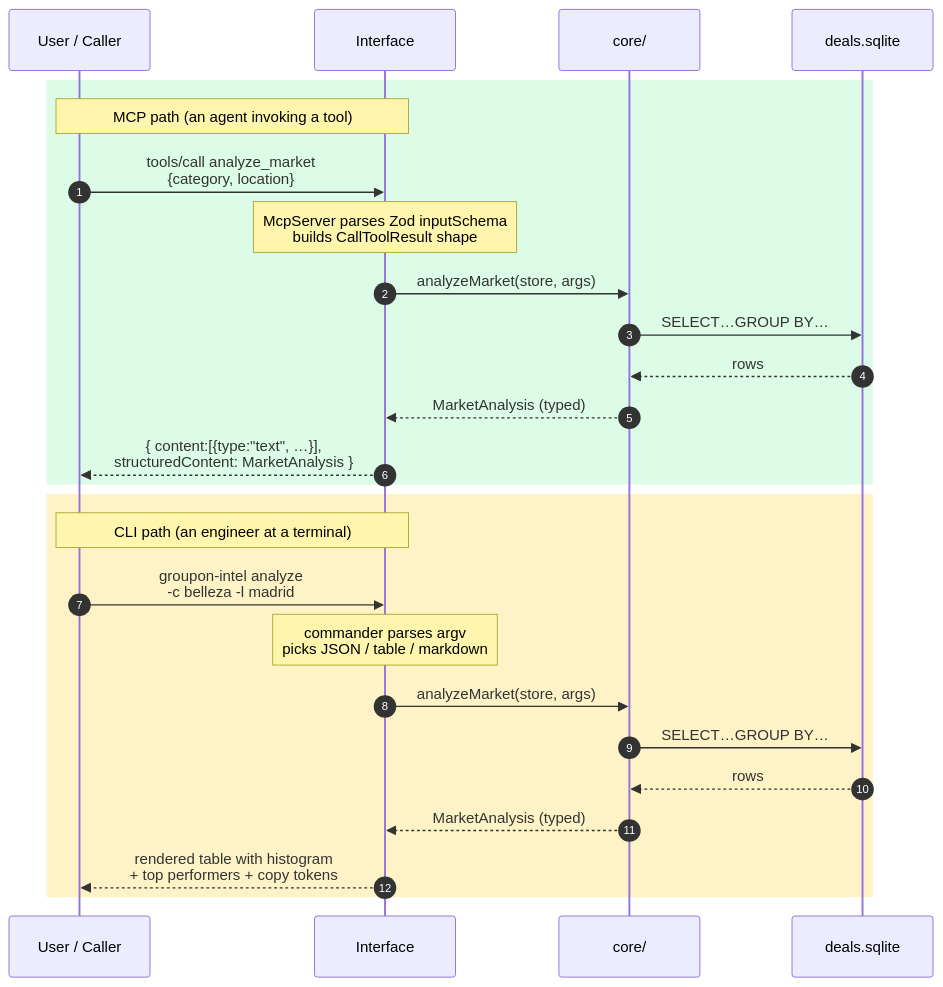
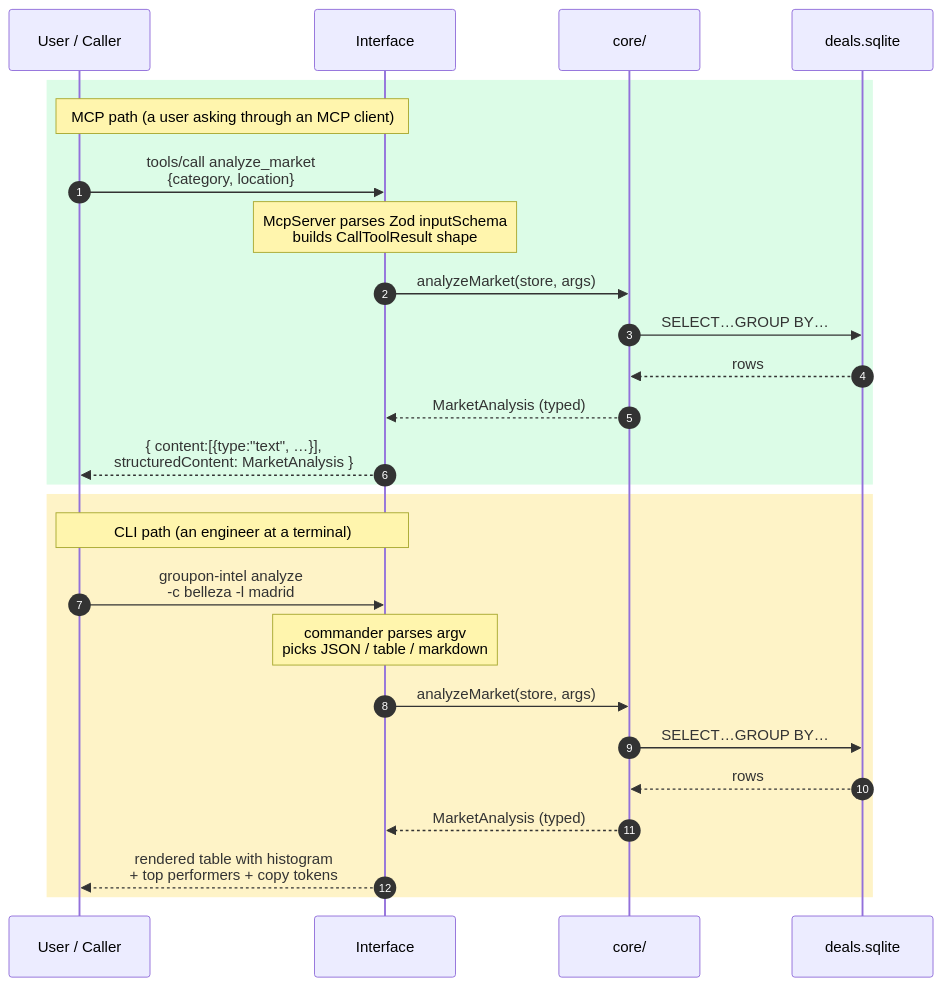
The third of 4 diagrams in docs/mcp-vs-cli.md (diegoperezg7/groupon-deal-intelligence-mcp), drawn with Mermaid before and after one commit. The commit also changed other lines of this file and 2 other files, not shown here.

First line of the commit message:
docs: reframe MCP audience from "AI agents" to "MCP clients" per brief

````diff
--- a/docs/mcp-vs-cli.md
+++ b/docs/mcp-vs-cli.md
@@ -55,30 +57,30 @@
 ```mermaid
 sequenceDiagram
     autonumber
     participant U as User / Caller
     participant I as Interface
     participant C as core/
     participant DB as deals.sqlite
 
     rect rgb(220, 252, 231)
-        Note over U,I: MCP path (an agent invoking a tool)
+        Note over U,I: MCP path (a user asking through an MCP client)
         U->>I: tools/call analyze_market<br/>{category, location}
         Note over I: McpServer parses Zod inputSchema<br/>builds CallToolResult shape
         I->>C: analyzeMarket(store, args)
         C->>DB: SELECT…GROUP BY…
         DB-->>C: rows
         C-->>I: MarketAnalysis (typed)
         I-->>U: { content:[{type:"text", …}],<br/>  structuredContent: MarketAnalysis }
     end
 
     rect rgb(254, 243, 199)
         Note over U,I: CLI path (an engineer at a terminal)
         U->>I: groupon-intel analyze<br/>-c belleza -l madrid
         Note over I: commander parses argv<br/>picks JSON / table / markdown
         I->>C: analyzeMarket(store, args)
         C->>DB: SELECT…GROUP BY…
         DB-->>C: rows
         C-->>I: MarketAnalysis (typed)
         I-->>U: rendered table with histogram<br/>+ top performers + copy tokens
     end
 ```
````
